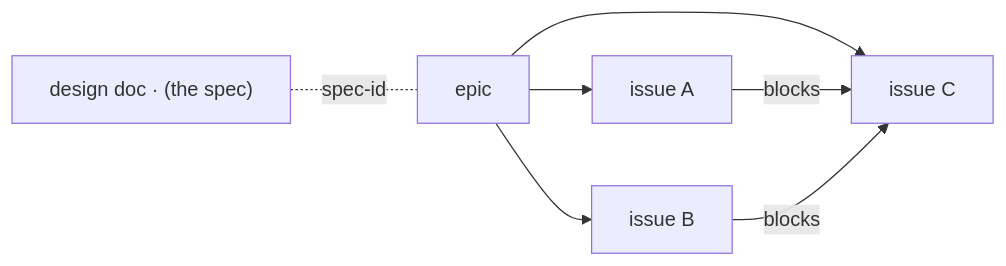
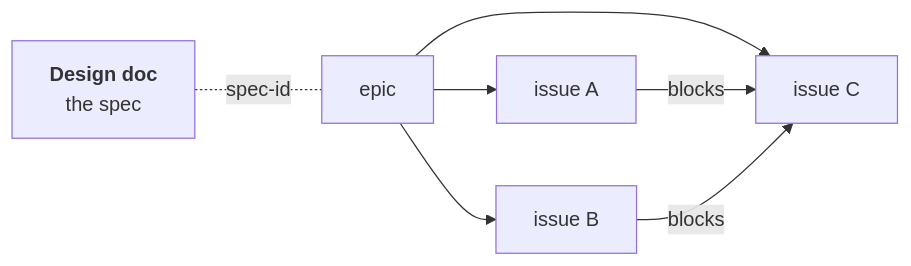
One commit to arminzou/dotbrain changed the third of 3 diagrams in docs/architecture.md. Above: the diagram before and after it, drawn with Mermaid. The commit also changed other lines of this file and 19 other files, not shown here.

First line of the commit message:
docs(site): polish diagrams and record a shared Mermaid style

````diff
--- a/docs/architecture.md
+++ b/docs/architecture.md
@@ -83,9 +101,11 @@
 ```mermaid
 flowchart LR
-  d["design doc · (the spec)"] -. "spec-id" .- e["epic"]
+  accTitle: A design doc and its epic of dependent issues
+  d["`**Design doc**
+  the spec`"] -. "spec-id" .- e["epic"]
   e --> t1["issue A"]
   e --> t2["issue B"]
   e --> t3["issue C"]
   t1 -- blocks --> t3
   t2 -- blocks --> t3
 ```
````
